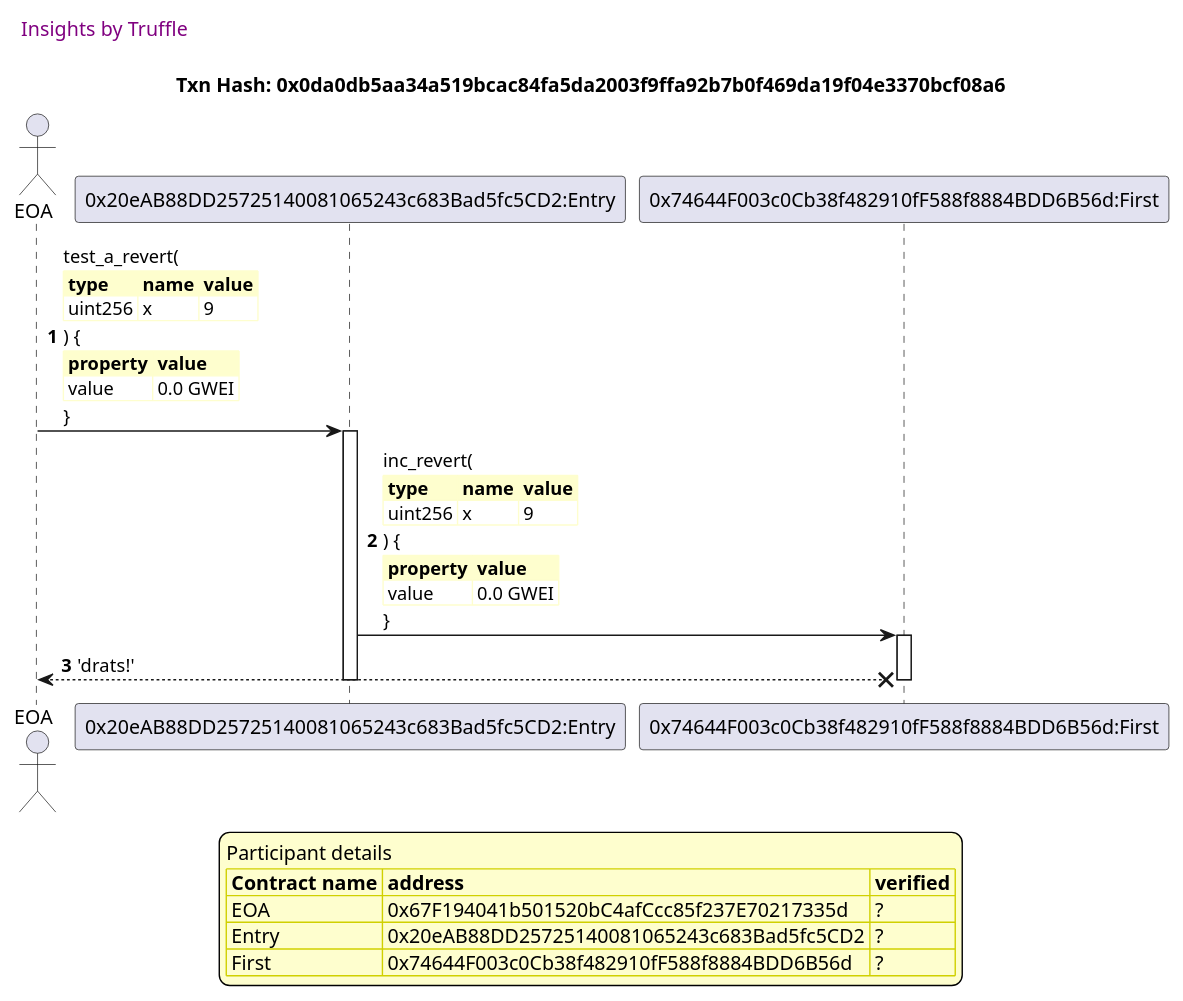
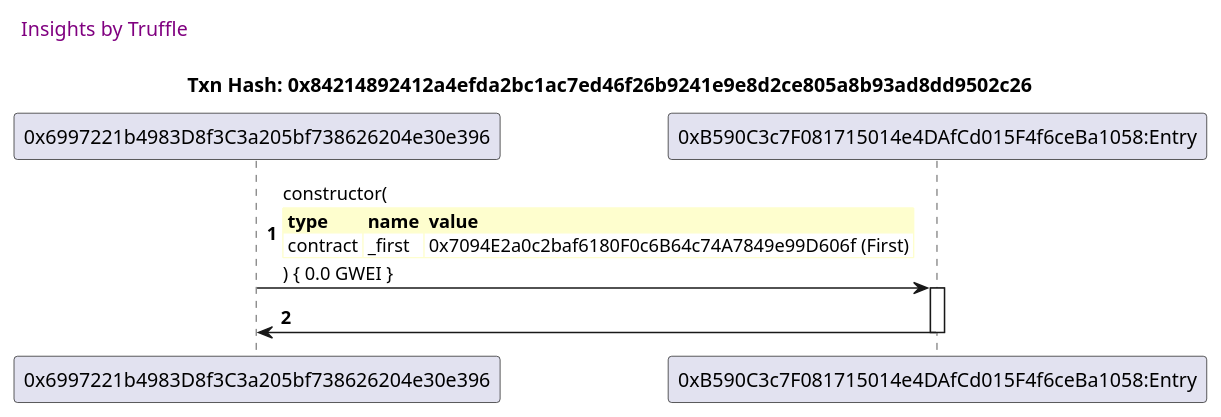
One commit to trufflesuite/txlog-seedlings changed the third of 3 diagrams in truffle-seq/basics.md. Above: the diagram before and after it, drawn with PlantUML. The commit also changed other lines of this file and 3 other files, not shown here.

````diff
--- a/truffle-seq/basics.md
+++ b/truffle-seq/basics.md
@@ -229,61 +82,30 @@
 ```plantuml
 
 
 @startuml
 
 autonumber
 skinparam legendBackgroundColor #FEFECE
 
 <style>
       header {
         HorizontalAlignment left
         FontColor purple
         FontSize 14
         Padding 10
       }
     </style>
 
 header Insights by Truffle
 
-title Txn Hash: 0x0da0db5aa34a519bcac84fa5da2003f9ffa92b7b0f469da19f04e3370bcf08a6
+title Txn Hash: 0x84214892412a4efda2bc1ac7ed46f26b9241e9e8d2ce805a8b93ad8dd9502c26
 
 
-actor EOA as "EOA"
-
-participant Entry as "0x20eAB88DD25725140081065243c683Bad5fc5CD2:Entry"
-
-participant First as "0x74644F003c0Cb38f482910fF588f8884BDD6B56d:First"
-
-"EOA" -> "Entry" ++: test_a_revert(\n\
+"0x6997221b4983D8f3C3a205bf738626204e30e396" -> "0xB590C3c7F081715014e4DAfCd015F4f6ceBa1058:Entry" ++: constructor(\n\
 <#FEFECE,#FEFECE>|= type |= name |= value |\n\
-| uint256 | x | 9 |\n\
-) {\n\
-<#FEFECE,#FEFECE>|= property |= value|\n\
-| value | 0.0 GWEI |\n\
-}
-
-"Entry" -> "First" ++: inc_revert(\n\
-<#FEFECE,#FEFECE>|= type |= name |= value |\n\
-| uint256 | x | 9 |\n\
-) {\n\
-<#FEFECE,#FEFECE>|= property |= value|\n\
-| value | 0.0 GWEI |\n\
-}
-
-"First" x--> "EOA" : 'drats!'
-
-deactivate "First"
-deactivate "Entry"
-
-
-legend
-Participant details
-<#FEFECE,#D0D000>|= Contract name |= address |= verified |
-<#FEFECE>| EOA | 0x67F194041b501520bC4afCcc85f237E70217335d | ? |
-<#FEFECE>| Entry | 0x20eAB88DD25725140081065243c683Bad5fc5CD2 | ? |
-<#FEFECE>| First | 0x74644F003c0Cb38f482910fF588f8884BDD6B56d | ? |
-endlegend
-
+| contract | _first | 0x7094E2a0c2baf6180F0c6B64c74A7849e99D606f (First) |\n\
+) { 0.0 GWEI }
+"0xB590C3c7F081715014e4DAfCd015F4f6ceBa1058:Entry" -> "0x6997221b4983D8f3C3a205bf738626204e30e396" --: 
 
 @enduml
 ```
````
